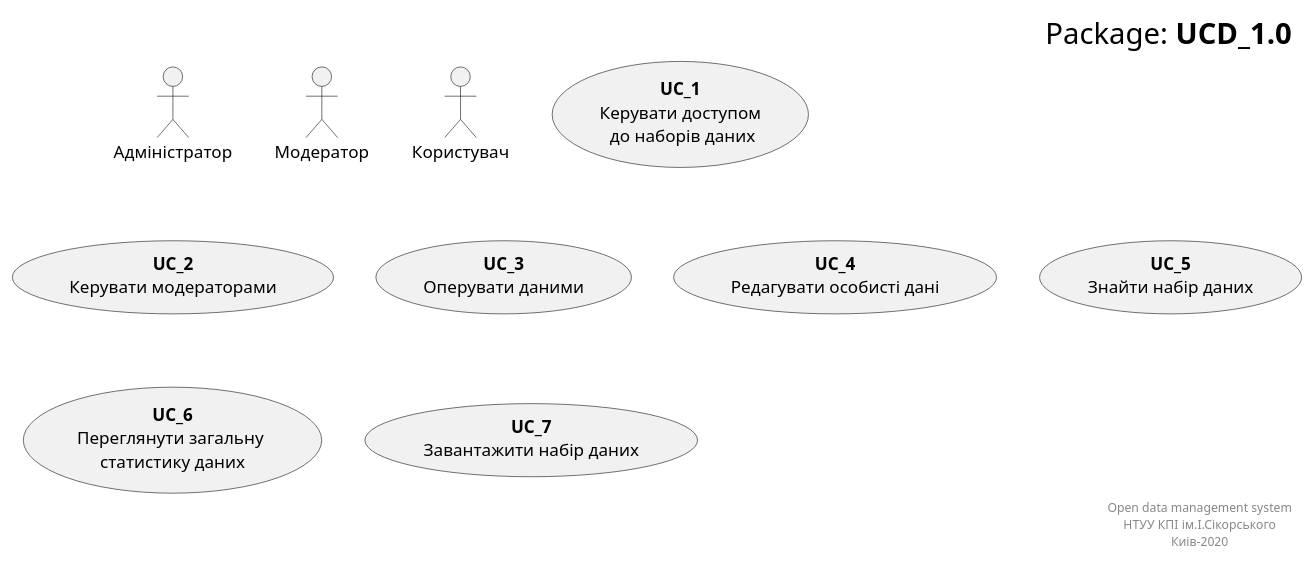
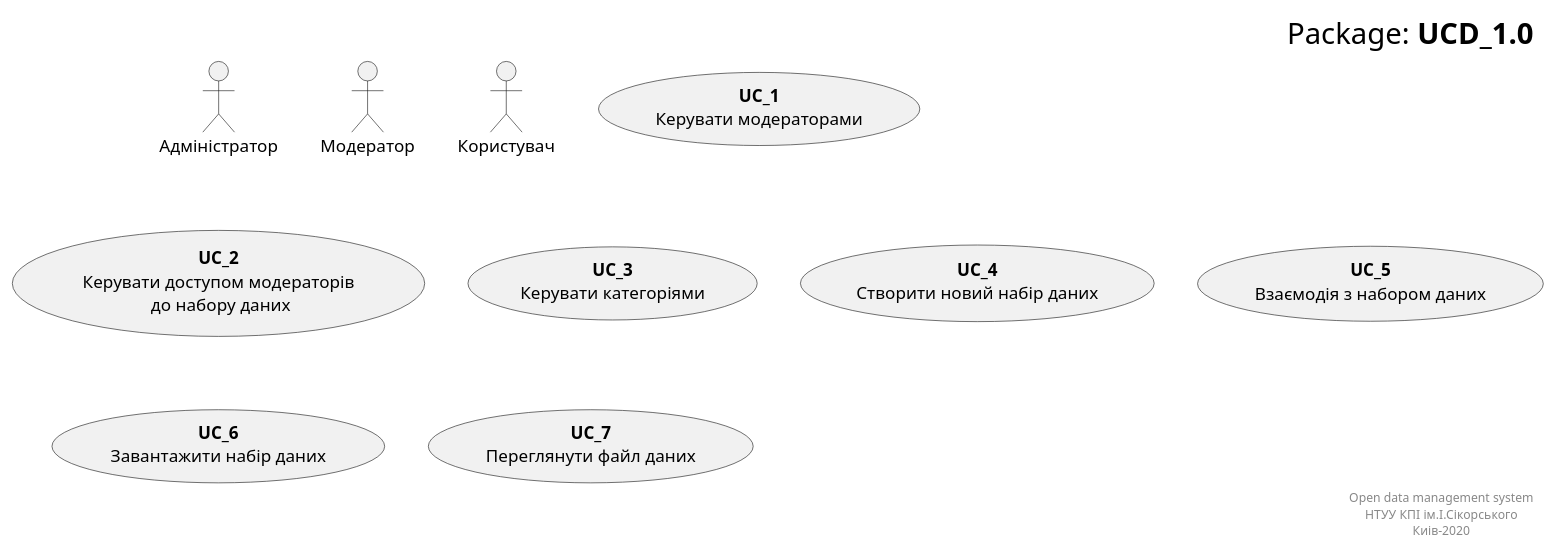
Before and after one commit to KarmazinN/db_open_data: the diagram in src/uml/usecase10.puml, drawn with PlantUML.

```diff
--- a/src/uml/usecase10.puml
+++ b/src/uml/usecase10.puml
@@ -1,27 +1,27 @@
 @startuml
 right header
         <font size=24 color=black>Package: <b>UCD_1.0
     end header
 
 actor :Адміністратор: as Admin
 actor :Модератор: as Moder
 actor :Користувач: as User
 
-usecase "<b>UC_1</b>\nКерувати доступом\n до наборів даних" as UC_1
-usecase "<b>UC_2</b>\nКерувати модераторами" as UC_2
+usecase "<b>UC_1</b>\nКерувати модераторами" as UC_1
+usecase "<b>UC_2</b>\nКерувати доступом модераторів\n до набору даних" as UC_2
 
-usecase "<b>UC_3</b>\nОперувати даними" as UC_3
-usecase "<b>UC_4</b>\nРедагувати особисті дані" as UC_4
+usecase "<b>UC_3</b>\nКерувати категоріями" as UC_3
+usecase "<b>UC_4</b>\nСтворити новий набір даних" as UC_4
 
-usecase "<b>UC_5</b>\nЗнайти набір даних" as UC_5
-usecase "<b>UC_6</b>\nПереглянути загальну \nстатистику даних" as UC_6
-usecase "<b>UC_7</b>\nЗавантажити набір даних" as UC_7
+usecase "<b>UC_5</b>\nВзаємодія з набором даних" as UC_5
+usecase "<b>UC_6</b>\nЗавантажити набір даних" as UC_6
+usecase "<b>UC_7</b>\nПереглянути файл даних" as UC_7
 
 
 
     right footer
         Open data management system
         НТУУ КПІ ім.І.Сікорського
         Киів-2020
     end footer
 @enduml
```
